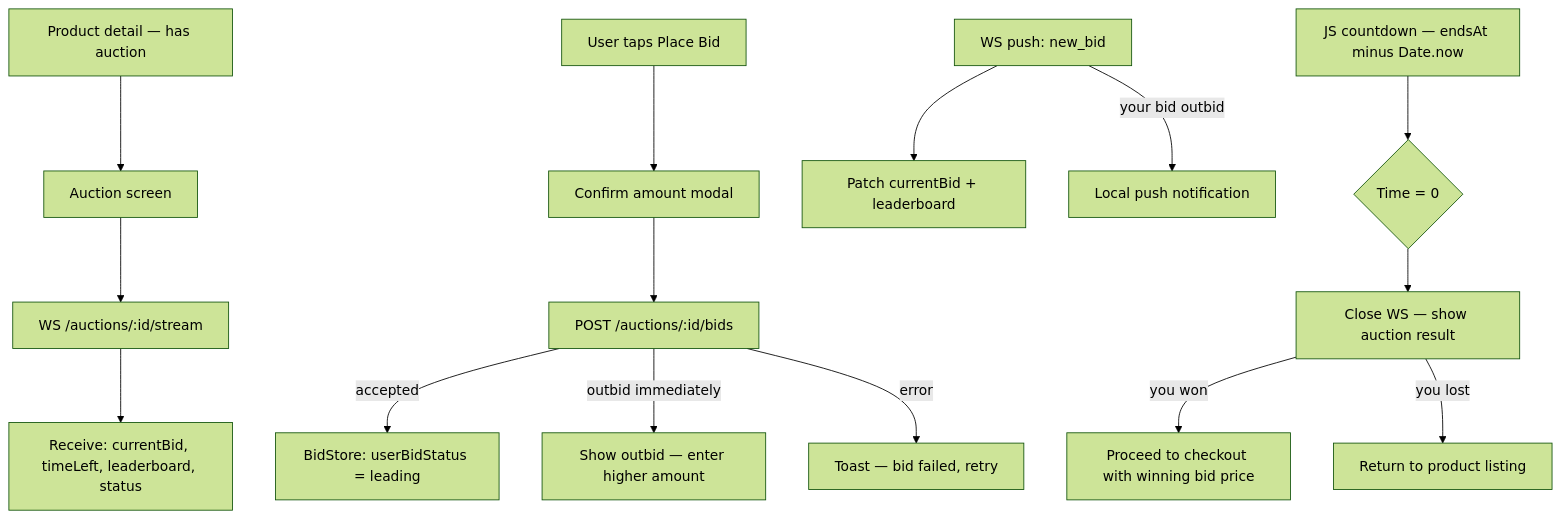
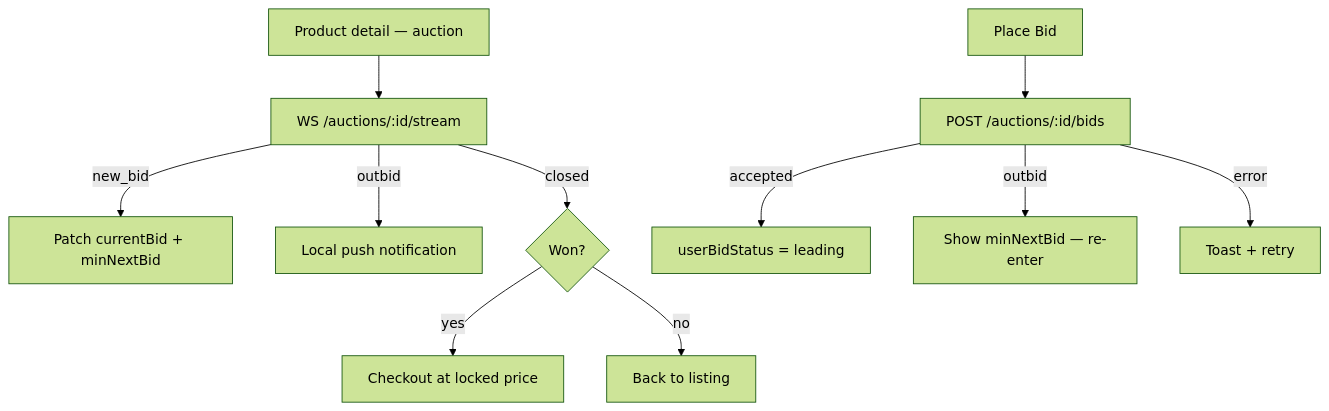
One commit to shubhamd99/private-learnings changed the third of 3 diagrams in GreatFrontend/SystemDesign/DesignECommerceApp.md. Above: the diagram before and after it, drawn with Mermaid (forest theme). The commit also changed other lines of this file, not shown here.

````diff
--- a/GreatFrontend/SystemDesign/DesignECommerceApp.md
+++ b/GreatFrontend/SystemDesign/DesignECommerceApp.md
@@ -74,20 +56,14 @@
 ```mermaid
 graph TD
-    PRODUCT_AUCTION[Product detail — has auction] --> BID_SCREEN[Auction screen]
-    BID_SCREEN --> WS_OPEN[WS /auctions/:id/stream]
-    WS_OPEN --> LIVE[Receive: currentBid, timeLeft, leaderboard, status]
+    PDP[Product detail — auction] --> WS[WS /auctions/:id/stream]
+    WS -->|new_bid| UPDATE[Patch currentBid + minNextBid]
+    WS -->|outbid| NOTIFY[Local push notification]
+    WS -->|closed| RESULT{Won?}
+    RESULT -->|yes| CHECKOUT[Checkout at locked price]
+    RESULT -->|no| LIST[Back to listing]
 
-    TAP_BID[User taps Place Bid] --> CONFIRM[Confirm amount modal]
-    CONFIRM --> POST_BID[POST /auctions/:id/bids]
-    POST_BID -->|accepted| LEADER[BidStore: userBidStatus = leading]
-    POST_BID -->|outbid immediately| OUTBID_RESP[Show outbid — enter higher amount]
-    POST_BID -->|error| BID_ERR[Toast — bid failed, retry]
-
-    WS_EVENT[WS push: new_bid] --> UPDATE_BID[Patch currentBid + leaderboard]
-    WS_EVENT -->|your bid outbid| PUSH[Local push notification]
-
-    TIMER[JS countdown — endsAt minus Date.now] --> ZERO{Time = 0}
-    ZERO --> CLOSE_WS[Close WS — show auction result]
-    CLOSE_WS -->|you won| ORDER_FLOW[Proceed to checkout with winning bid price]
-    CLOSE_WS -->|you lost| BROWSE[Return to product listing]
+    BID[Place Bid] --> POST[POST /auctions/:id/bids]
+    POST -->|accepted| LEAD[userBidStatus = leading]
+    POST -->|outbid| HIGHER[Show minNextBid — re-enter]
+    POST -->|error| TOAST[Toast + retry]
 ```
````
